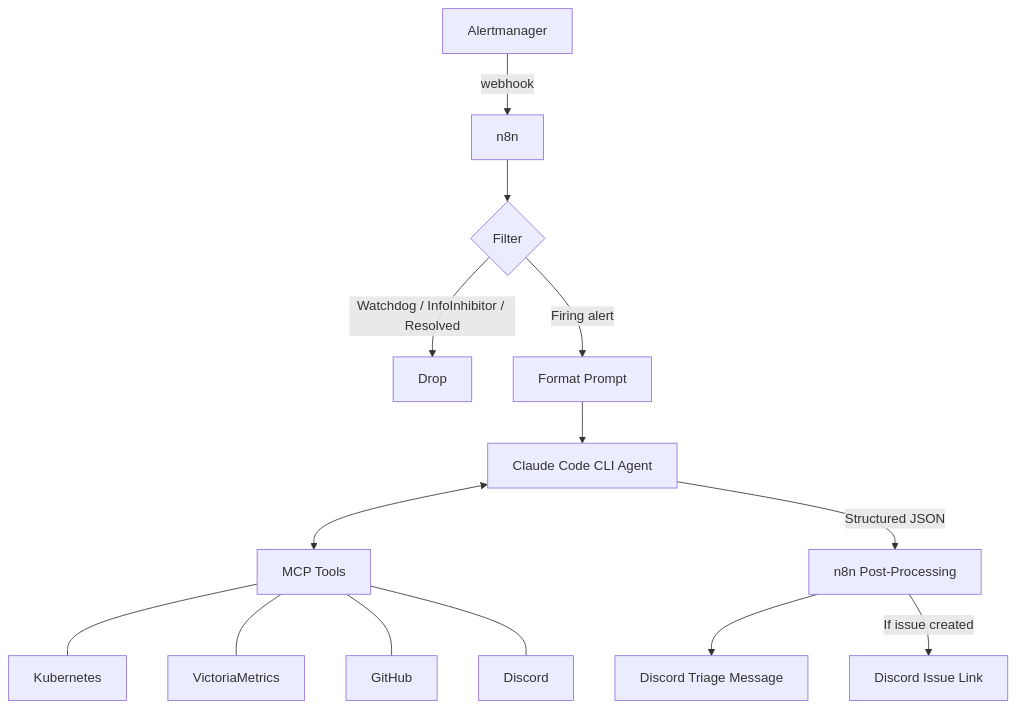
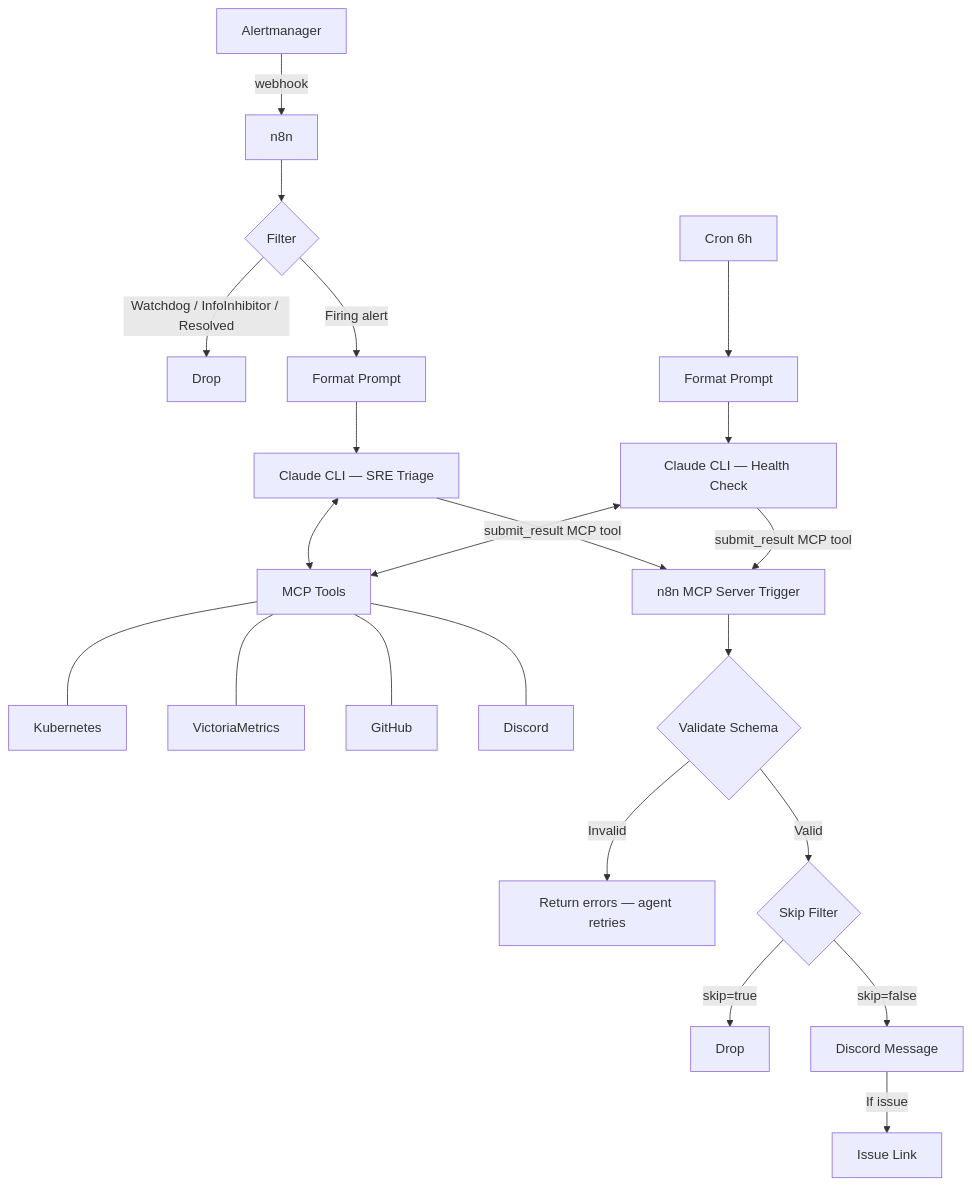
One commit to anthony-spruyt/spruyt-labs changed the diagram in docs/sre-automation/sre.md. Above: the diagram before and after it, drawn with Mermaid. The commit also changed other lines of this file and 11 other files, not shown here.

First line of the commit message:
feat(agents): unify SRE triage and health check into single n8n workflow with MCP validation

````diff
--- a/docs/sre-automation/sre.md
+++ b/docs/sre-automation/sre.md
@@ -11,16 +7,25 @@
 ```mermaid
 flowchart TD
     A[Alertmanager] -->|webhook| B[n8n]
     B --> C{Filter}
     C -->|Watchdog / InfoInhibitor / Resolved| D[Drop]
     C -->|Firing alert| E[Format Prompt]
-    E --> F[Claude Code CLI Agent]
-    F <--> G[MCP Tools]
-    G --- G1[Kubernetes]
-    G --- G2[VictoriaMetrics]
-    G --- G3[GitHub]
-    G --- G4[Discord]
-    F -->|Structured JSON| H[n8n Post-Processing]
-    H --> I[Discord Triage Message]
-    H -->|If issue created| J[Discord Issue Link]
+    E --> F1[Claude CLI — SRE Triage]
+
+    S[Cron 6h] --> G[Format Prompt]
+    G --> F2[Claude CLI — Health Check]
+
+    F1 & F2 <--> H[MCP Tools]
+    H --- H1[Kubernetes]
+    H --- H2[VictoriaMetrics]
+    H --- H3[GitHub]
+    H --- H4[Discord]
+
+    F1 & F2 -->|submit_result MCP tool| I[n8n MCP Server Trigger]
+    I --> J{Validate Schema}
+    J -->|Invalid| K[Return errors — agent retries]
+    J -->|Valid| L{Skip Filter}
+    L -->|skip=true| M[Drop]
+    L -->|skip=false| N[Discord Message]
+    N -->|If issue| O[Issue Link]
 ```
````
